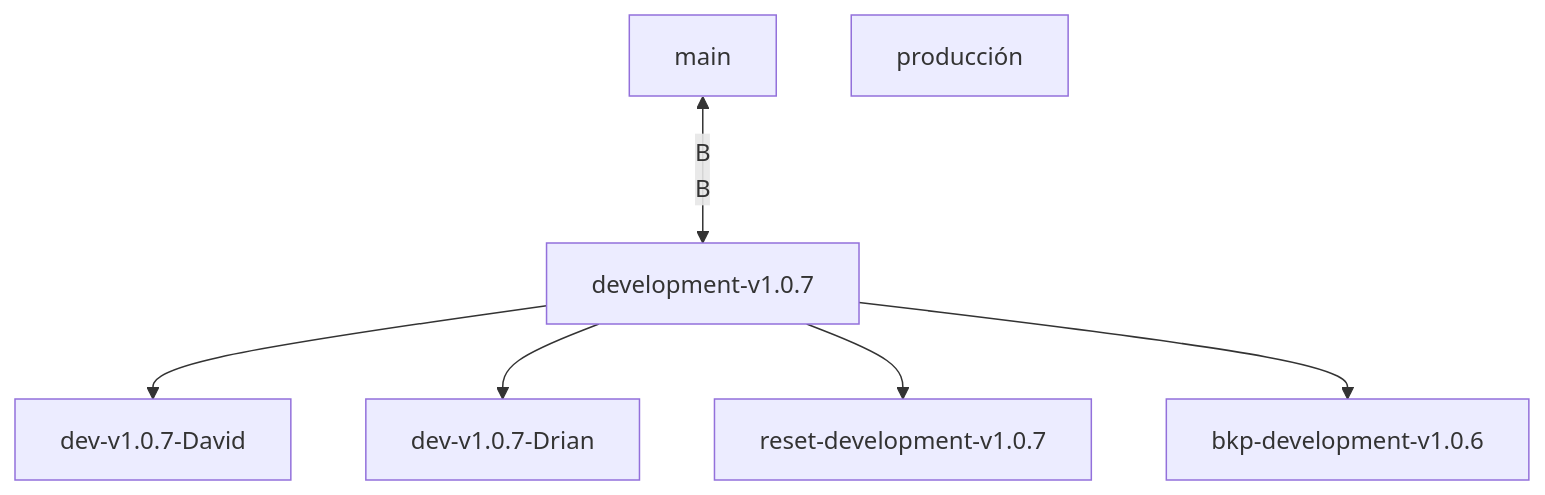
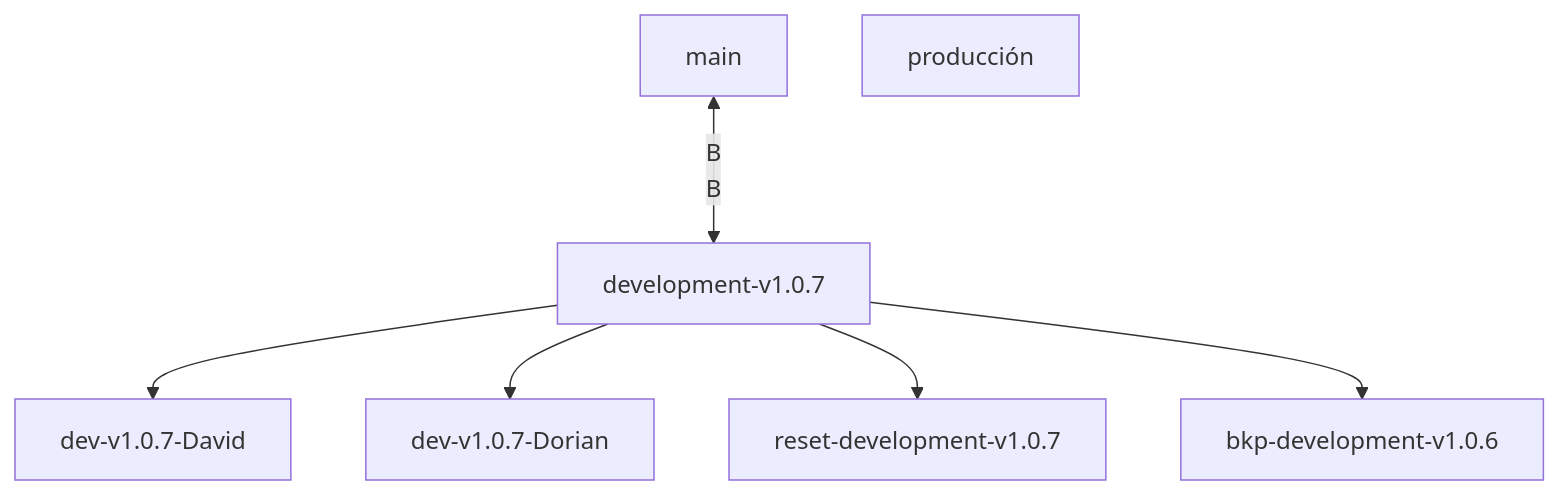
The first of 2 diagrams in docs/architecture/branching-strategy.md (dorianprogrammer/SINPEConectaCR), drawn with Mermaid before and after one commit. The commit also changed other lines of this file, not shown here.

Commit message:
Update collaborator name from 'Drian' to 'Dorian'

````diff
--- a/docs/architecture/branching-strategy.md
+++ b/docs/architecture/branching-strategy.md
@@ -67,17 +67,17 @@
 ```mermaid
 graph TD
     A[main]
     B[producción]
     C[development-v1.0.7]
     D1[dev-v1.0.7-David]
-    D2[dev-v1.0.7-Drian]
+    D2[dev-v1.0.7-Dorian]
     E1[reset-development-v1.0.7]
     E2[bkp-development-v1.0.6]
 
     A <-- B
     B --> C
     C --> D1
     C --> D2
     C --> E1
     C --> E2
 ```
````
